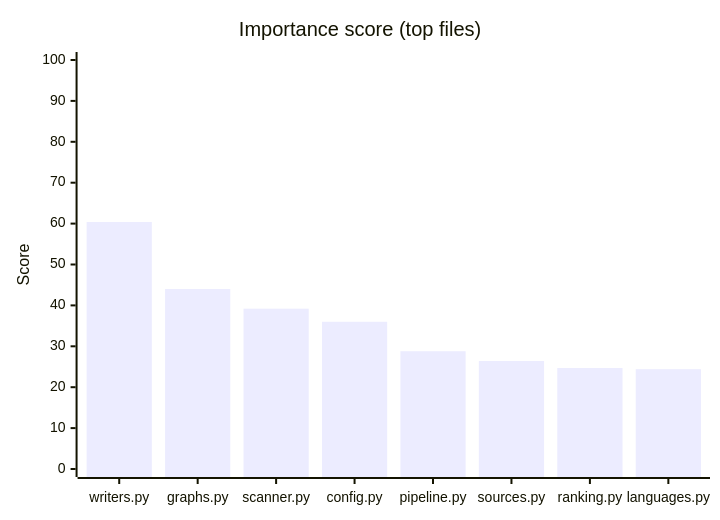
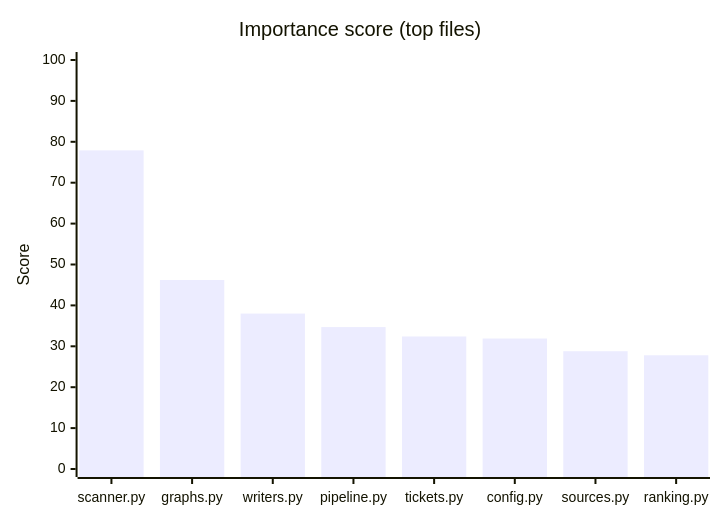
Before and after one commit to hhleroy97/repo-scan: the first of 2 diagrams in docs/index.md, drawn with Mermaid. The commit also changed other lines of this file and 30 other files, not shown here.

````diff
--- a/docs/index.md
+++ b/docs/index.md
@@ -52,7 +56,7 @@
 ```mermaid
 xychart-beta
     title "Importance score (top files)"
-    x-axis ["writers.py", "graphs.py", "scanner.py", "config.py", "pipeline.py", "sources.py", "ranking.py", "languages.py"]
+    x-axis ["scanner.py", "graphs.py", "writers.py", "pipeline.py", "tickets.py", "config.py", "sources.py", "ranking.py"]
     y-axis "Score" 0 --> 100
-    bar [60.4, 44, 39.2, 36, 28.8, 26.4, 24.7, 24.4]
+    bar [77.9, 46.2, 38, 34.7, 32.4, 31.9, 28.8, 27.8]
 ```
````
